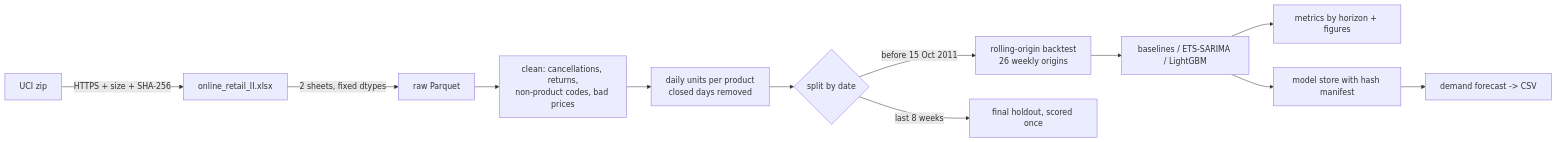
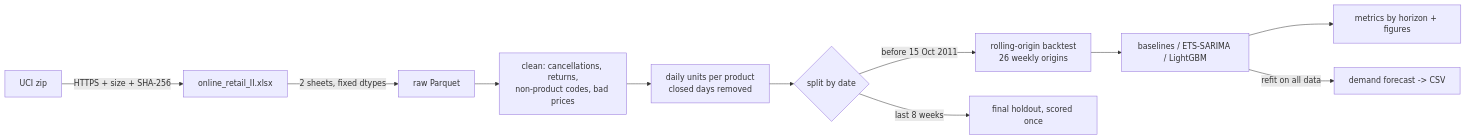
One commit to AnoushahWasif/demand-forecasting changed the diagram in docs/ARCHITECTURE.md. Above: the diagram before and after it, drawn with Mermaid. The commit also changed 5 other files, not shown here.

````diff
--- a/docs/ARCHITECTURE.md
+++ b/docs/ARCHITECTURE.md
@@ -38,14 +38,13 @@
 ```mermaid
 flowchart LR
     A[UCI zip] -->|HTTPS + size + SHA-256| B[online_retail_II.xlsx]
     B -->|2 sheets, fixed dtypes| C[raw Parquet]
     C --> D[clean: cancellations, returns,<br/>non-product codes, bad prices]
     D --> E[daily units per product<br/>closed days removed]
     E --> F{split by date}
     F -->|before 15 Oct 2011| G[rolling-origin backtest<br/>26 weekly origins]
     F -->|last 8 weeks| H[final holdout, scored once]
     G --> I[baselines / ETS-SARIMA / LightGBM]
     I --> J[metrics by horizon + figures]
-    I --> K[model store with hash manifest]
-    K --> L[demand forecast -> CSV]
+    I -->|refit on all data| L[demand forecast -> CSV]
 ```
````
